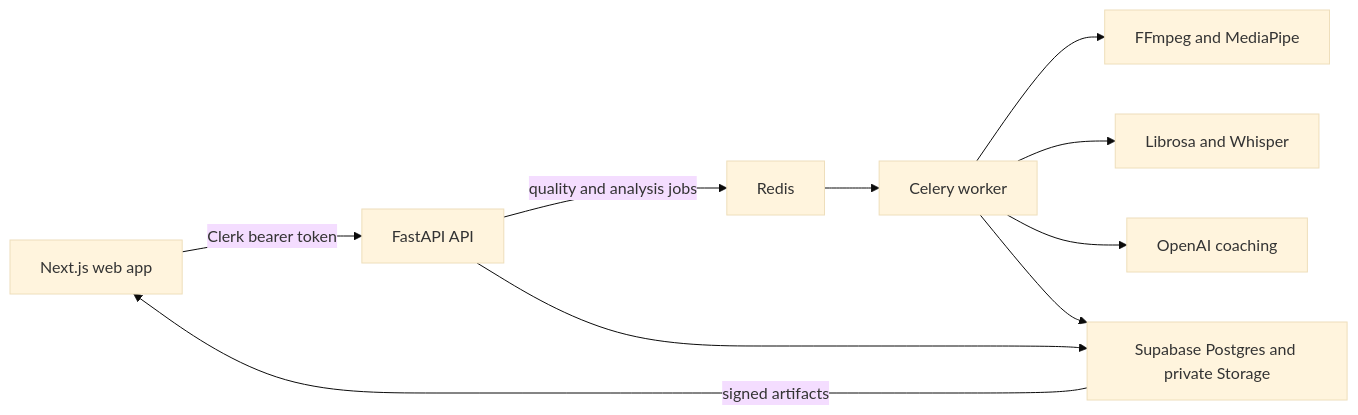
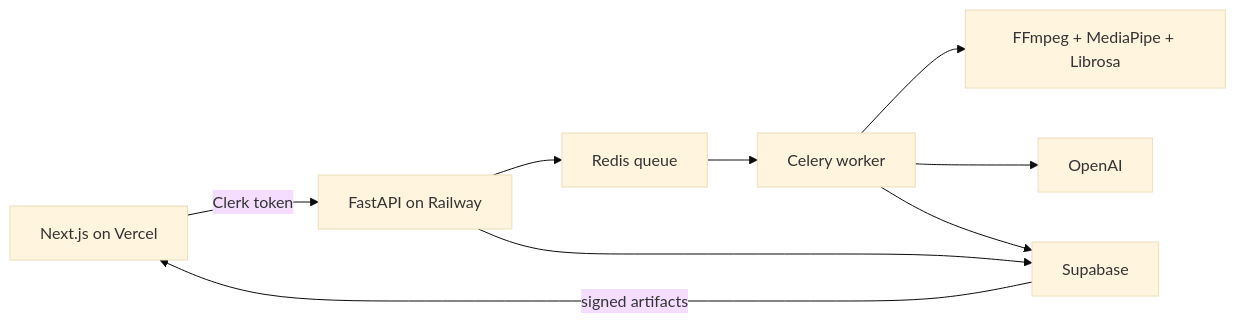
One commit to maxi-cmyk/it-sPeak changed the diagram in README.md. Above: the diagram before and after it, drawn with Mermaid (base theme). The commit also changed other lines of this file and 2 other files, not shown here.

````diff
--- a/README.md
+++ b/README.md
@@ -28,12 +23,11 @@
 ```mermaid
 flowchart LR
-    WEB[Next.js web app] -->|Clerk bearer token| API[FastAPI API]
-    API -->|quality and analysis jobs| REDIS[Redis]
+    WEB[Next.js on Vercel] -->|Clerk token| API[FastAPI on Railway]
+    API --> REDIS[Redis queue]
     REDIS --> WORKER[Celery worker]
-    WORKER --> MEDIA[FFmpeg and MediaPipe]
-    WORKER --> AUDIO[Librosa and Whisper]
-    WORKER --> COACH[OpenAI coaching]
-    API --> SUPA[Supabase Postgres and private Storage]
+    WORKER --> ML[FFmpeg + MediaPipe + Librosa]
+    WORKER --> AI[OpenAI]
+    API --> SUPA[Supabase]
     WORKER --> SUPA
     SUPA -->|signed artifacts| WEB
 ```
````
